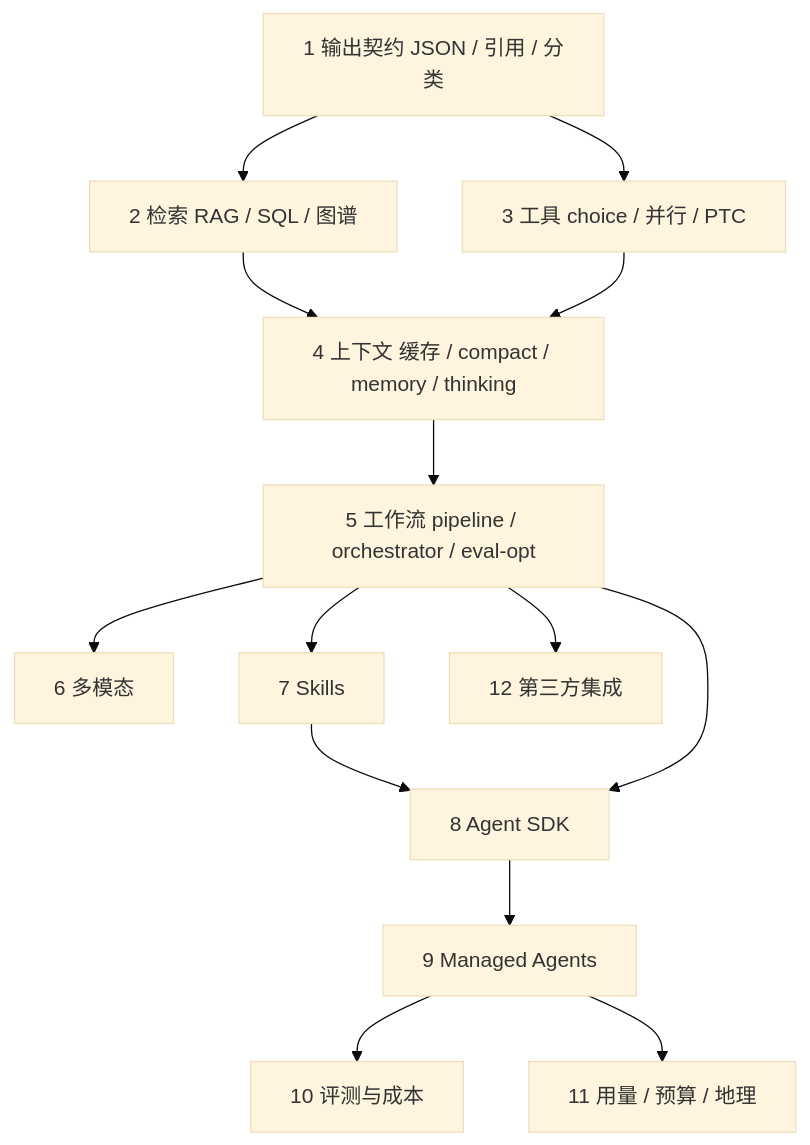
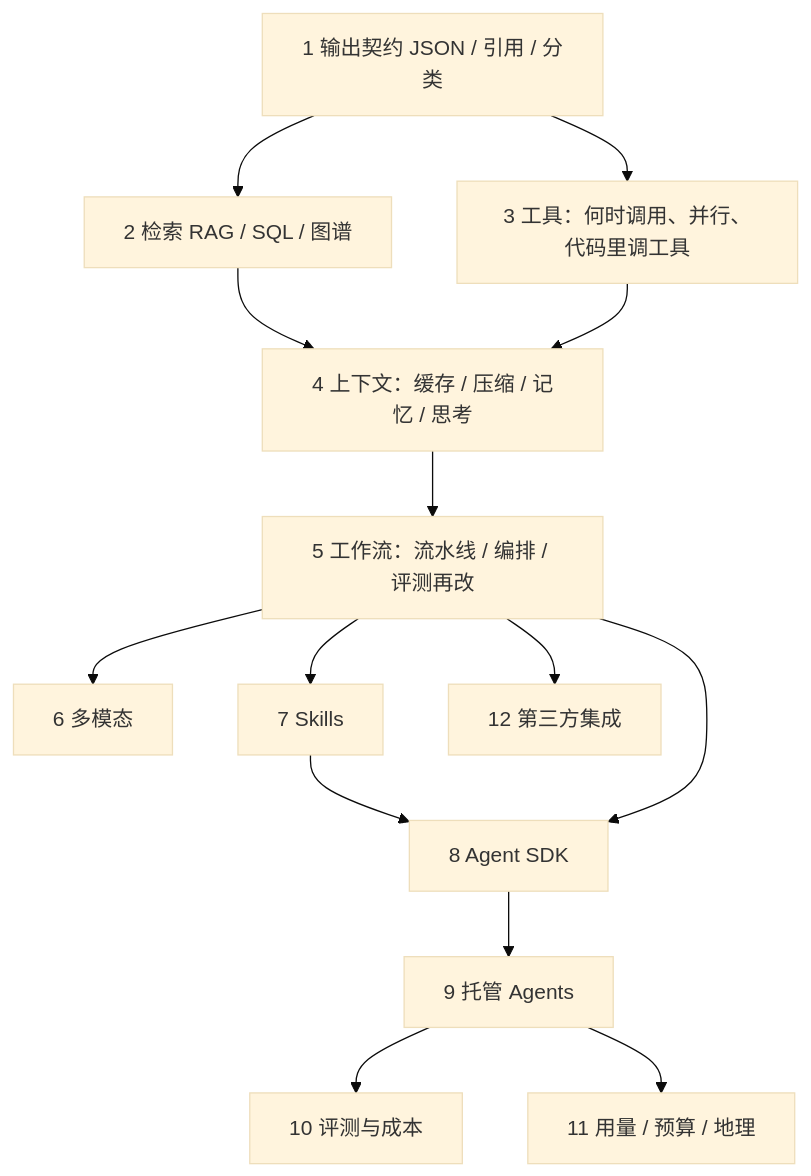
The diagram in 05-ClaudeCookbooks/00-Cookbooks阅读导读.md (openalon/AI-Notes), drawn with Mermaid (base theme) before and after one commit. The commit also changed other lines of this file and 43 other files, not shown here.

````diff
--- a/05-ClaudeCookbooks/00-Cookbooks阅读导读.md
+++ b/05-ClaudeCookbooks/00-Cookbooks阅读导读.md
@@ -18,16 +18,16 @@
 ```mermaid
 flowchart TD
   O[1 输出契约 JSON / 引用 / 分类] --> R[2 检索 RAG / SQL / 图谱]
-  O --> T[3 工具 choice / 并行 / PTC]
-  R --> Ctx[4 上下文 缓存 / compact / memory / thinking]
+  O --> T[3 工具：何时调用、并行、代码里调工具]
+  R --> Ctx[4 上下文：缓存 / 压缩 / 记忆 / 思考]
   T --> Ctx
-  Ctx --> W[5 工作流 pipeline / orchestrator / eval-opt]
+  Ctx --> W[5 工作流：流水线 / 编排 / 评测再改]
   W --> M[6 多模态]
   W --> S[7 Skills]
   S --> SDK[8 Agent SDK]
   W --> SDK
-  SDK --> CMA[9 Managed Agents]
-  CMA --> E[10 评测与成本]
-  CMA --> Obs[11 用量 / 预算 / 地理]
+  SDK --> MA[9 托管 Agents]
+  MA --> E[10 评测与成本]
+  MA --> Obs[11 用量 / 预算 / 地理]
   W --> Int[12 第三方集成]
 ```
````
